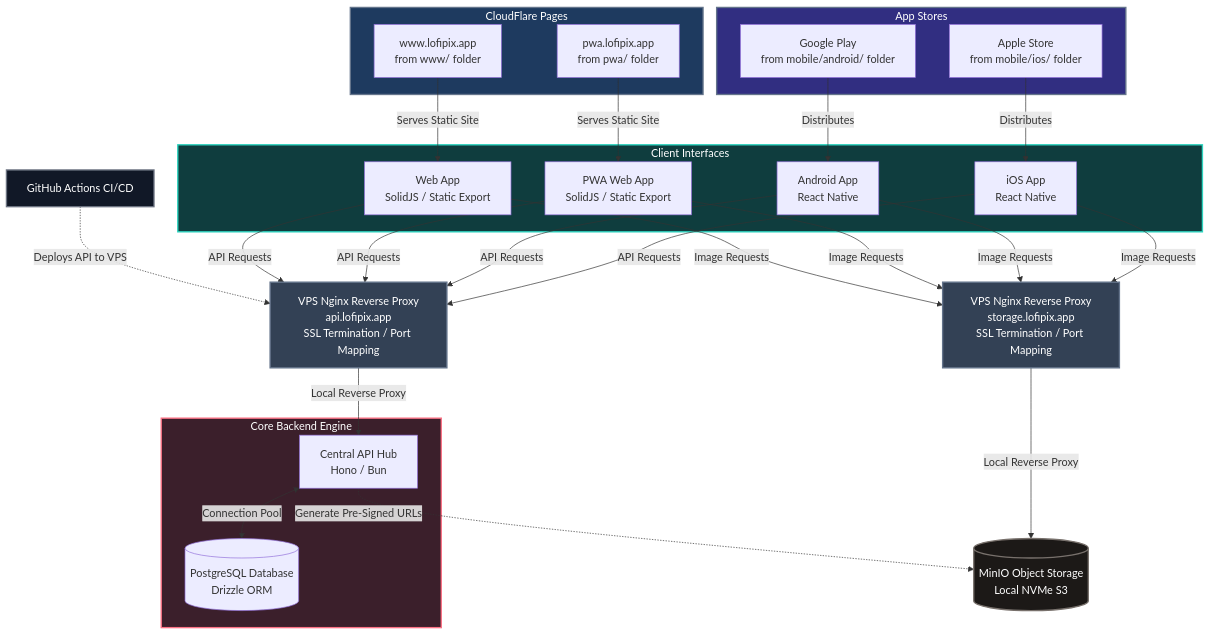
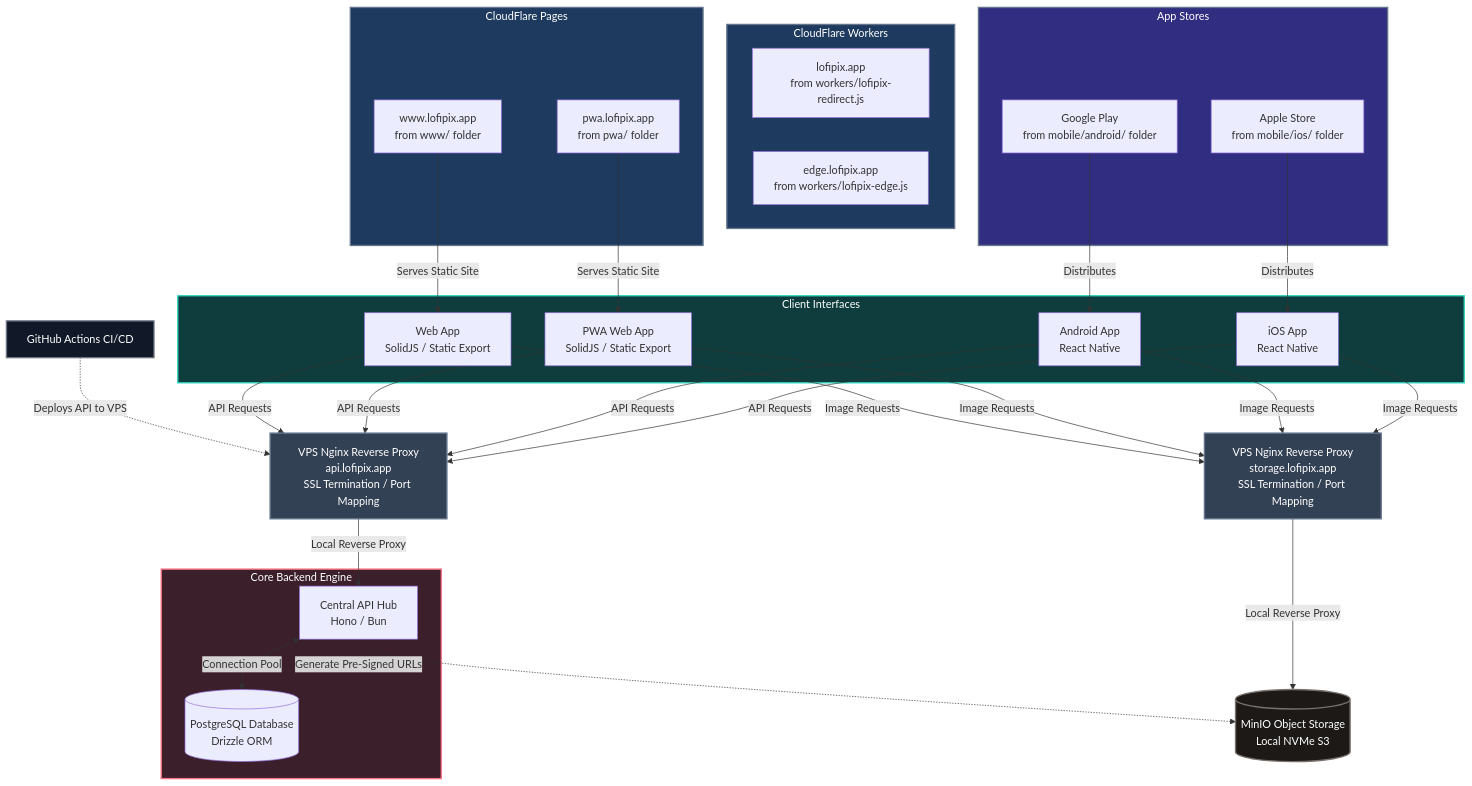
Before and after one commit to pchilton/lofipix: the diagram in README.md, drawn with Mermaid. The commit also changed other lines of this file and 3 other files, not shown here.

Commit message:
updated docs reflecting CloudFlare Workers

````diff
--- a/README.md
+++ b/README.md
@@ -5,63 +5,69 @@
 ```mermaid
 graph TD
     %% Static Hosting
+    subgraph CFWorkers [CloudFlare Workers]
+        CFRedirect[lofipix.app<br>from workers/lofipix-redirect.js]
+        CFEdge[edge.lofipix.app<br>from workers/lofipix-edge.js]
+    end
+
     subgraph CloudFlare [CloudFlare Pages]
         CFWeb[www.lofipix.app<br>from www/ folder]
         CFPWA[pwa.lofipix.app<br>from pwa/ folder]
     end
 
     %% App Stores
     subgraph AppStores [App Stores]
         GooglePlay[Google Play<br>from mobile/android/ folder]
         AppleStore[Apple Store<br>from mobile/ios/ folder]
     end
 
     %% Client Tier
     subgraph ClientInterfaces [Client Interfaces]
         Web[Web App<br>SolidJS / Static Export]
         PWA[PWA Web App<br>SolidJS / Static Export]
         Android[Android App<br>React Native]
         iOS[iOS App<br>React Native]
     end
 
     %% Network Entry
     Proxy[VPS Nginx Reverse Proxy<br>api.lofipix.app<br>SSL Termination / Port Mapping]
 
     %% Deployment
     GHA[GitHub Actions CI/CD] -.->|Deploys API to VPS| Proxy
 
     %% Core Services
     subgraph CoreBackend [Core Backend Engine]
         API[Central API Hub<br>Hono / Bun]
         DB[(PostgreSQL Database<br>Drizzle ORM)]
     end
 
     StorageProxy[VPS Nginx Reverse Proxy<br>storage.lofipix.app<br>SSL Termination / Port Mapping]
 
     Storage[(MinIO Object Storage<br>Local NVMe S3)]
 
     %% Hosting Routes
     CFWeb -->|Serves Static Site| Web
     CFPWA -->|Serves Static Site| PWA
     GooglePlay -->|Distributes| Android
     AppleStore -->|Distributes| iOS
 
     %% Traffic Routes
     Web & PWA & Android & iOS -->|API Requests| Proxy
     Web & PWA & Android & iOS -->|Image Requests| StorageProxy
     Proxy -->|Local Reverse Proxy| API
     API <-->|Connection Pool| DB
 
     API -.->|Generate Pre-Signed URLs| Storage
     StorageProxy -->|Local Reverse Proxy| Storage
 
     %% Layout Classes for Styling
+    style CFWorkers fill:#1e3a5f,stroke:#64748b,stroke-width:2px,color:#fff
     style CloudFlare fill:#1e3a5f,stroke:#64748b,stroke-width:2px,color:#fff
     style AppStores fill:#312e81,stroke:#64748b,stroke-width:2px,color:#fff
     style ClientInterfaces fill:#0f3d3e,stroke:#2dd4bf,stroke-width:2px,color:#fff
     style CoreBackend fill:#3b1f2b,stroke:#fb7185,stroke-width:2px,color:#fff
     style Proxy fill:#334155,stroke:#64748b,stroke-width:2px,color:#fff
     style StorageProxy fill:#334155,stroke:#64748b,stroke-width:2px,color:#fff
     style Storage fill:#1c1917,stroke:#78716c,stroke-width:2px,color:#fff
     style GHA fill:#111827,stroke:#6b7280,stroke-width:2px,color:#fff
 ```
````
